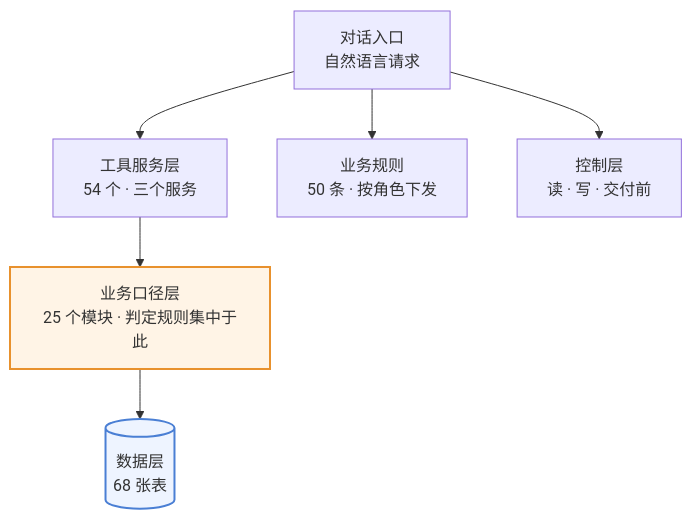
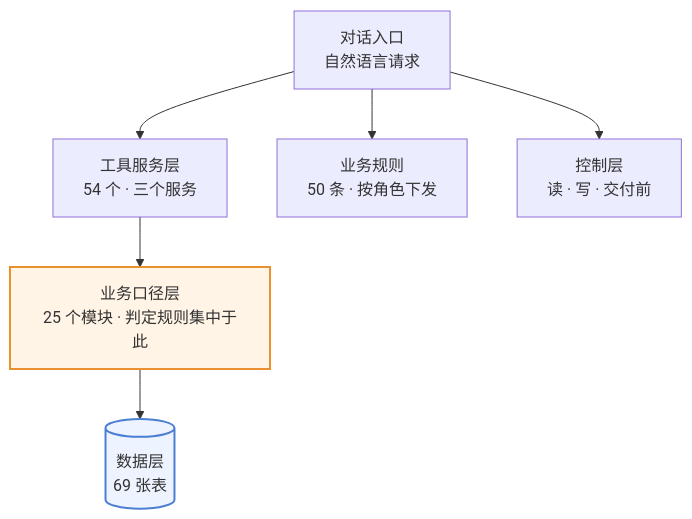
One commit to 843773296-rgb/lanxiu-yunshang-agent changed the first of 4 diagrams in 澜绣云裳agent-产品需求文档.md. Above: the diagram before and after it, drawn with Mermaid. The commit also changed other lines of this file and 3 other files, not shown here.

````diff
--- a/澜绣云裳agent-产品需求文档.md
+++ b/澜绣云裳agent-产品需求文档.md
@@ -134,12 +134,12 @@
 ```mermaid
 flowchart TD
     M["对话入口<br/>自然语言请求"]
     M --> T["工具服务层<br/>54 个 · 三个服务"]
     M --> R["业务规则<br/>50 条 · 按角色下发"]
     M --> G["控制层<br/>读 · 写 · 交付前"]
     T --> K["业务口径层<br/>25 个模块 · 判定规则集中于此"]
-    K --> DB[("数据层<br/>68 张表")]
+    K --> DB[("数据层<br/>69 张表")]
 
     style K fill:#fff4e6,stroke:#e8912d,stroke-width:2px
     style DB fill:#eef4ff,stroke:#4a7fd4,stroke-width:2px
 ```
````
